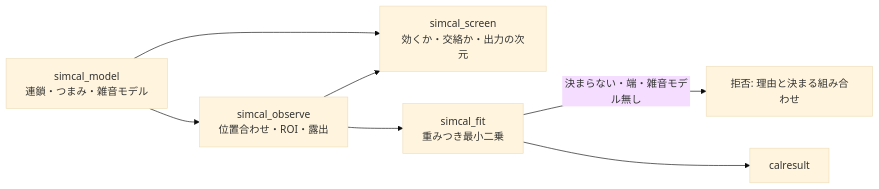
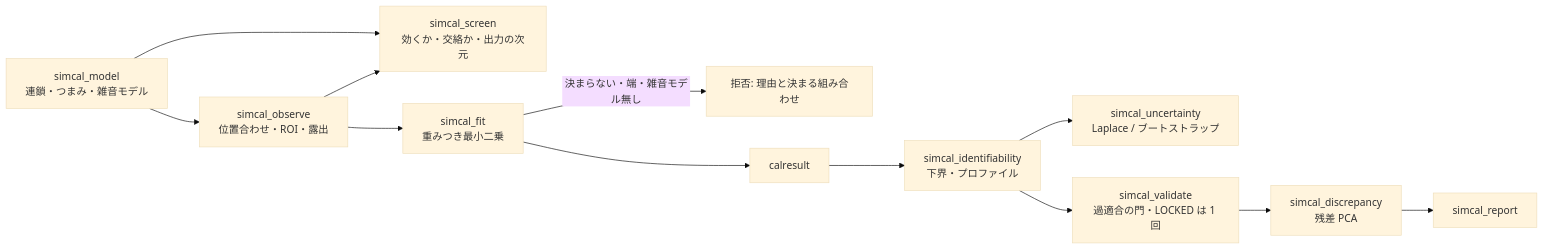
One commit to furuse-kazufumi/fullseye changed the diagram in docs/ops/simcal/guides/sim_to_real_calibration.md. Above: the diagram before and after it, drawn with Mermaid (base theme). The commit also changed other lines of this file and 178 other files, not shown here.

````diff
--- a/docs/ops/simcal/guides/sim_to_real_calibration.md
+++ b/docs/ops/simcal/guides/sim_to_real_calibration.md
@@ -26,9 +26,14 @@
 ```mermaid
 flowchart LR
   A[simcal_model<br/>連鎖・つまみ・雑音モデル] --> B[simcal_observe<br/>位置合わせ・ROI・露出]
   A --> S[simcal_screen<br/>効くか・交絡か・出力の次元]
   B --> S
   B --> F[simcal_fit<br/>重みつき最小二乗]
   F -->|決まらない・端・雑音モデル無し| X[拒否: 理由と決まる組み合わせ]
   F --> R[calresult]
+  R --> I[simcal_identifiability<br/>下界・プロファイル]
+  I --> U[simcal_uncertainty<br/>Laplace / ブートストラップ]
+  I --> V[simcal_validate<br/>過適合の門・LOCKED は 1 回]
+  V --> D[simcal_discrepancy<br/>残差 PCA]
+  D --> P[simcal_report]
 ```
````
